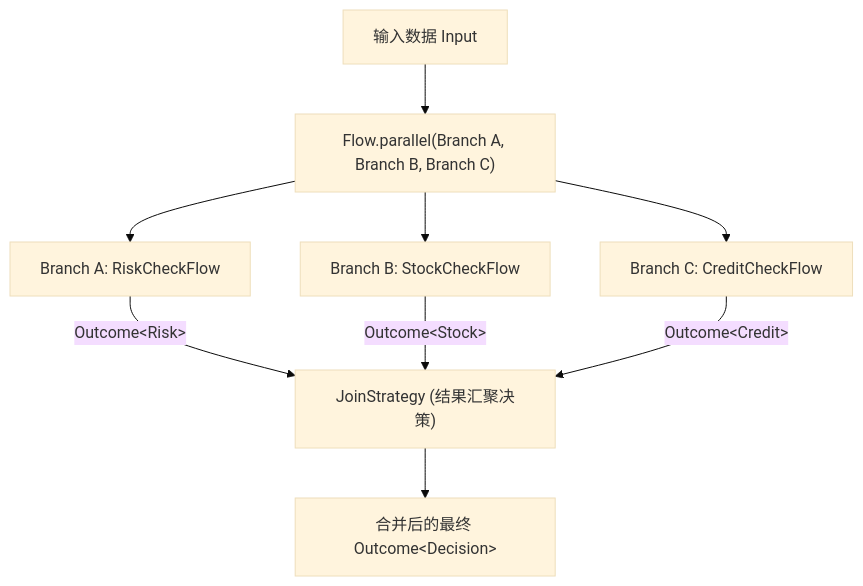
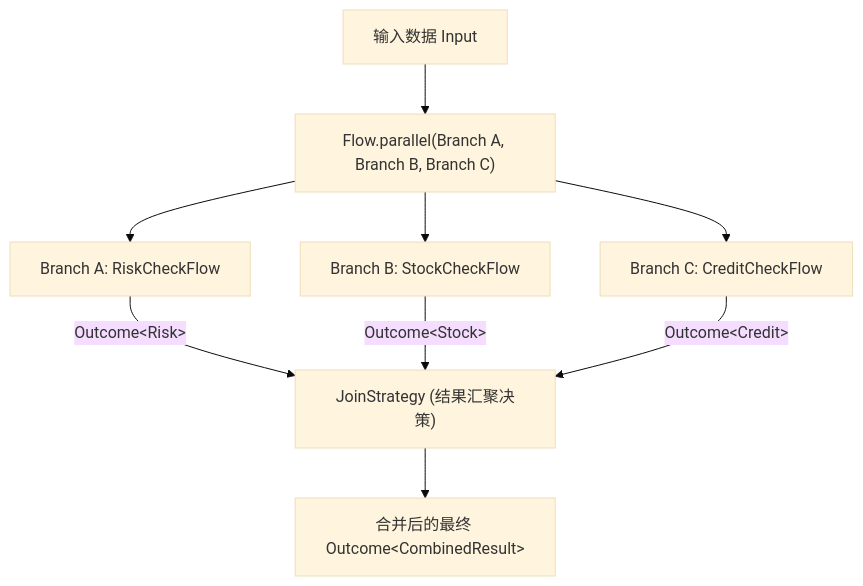
Before and after one commit to team4u/team4u-framework: the first of 2 diagrams in docs/flow/flow-parallel.md, drawn with Mermaid (base theme). The commit also changed other lines of this file and 21 other files, not shown here.

Commit message:
docs(flow): deepen technical documentation across core, governance, durable, and testing

````diff
--- a/docs/flow/flow-parallel.md
+++ b/docs/flow/flow-parallel.md
@@ -11,13 +11,13 @@
 ```mermaid
 graph TD
     Input["输入数据 Input"] --> P["Flow.parallel(Branch A, Branch B, Branch C)"]
     P --> BA["Branch A: RiskCheckFlow"]
     P --> BB["Branch B: StockCheckFlow"]
     P --> BC["Branch C: CreditCheckFlow"]
     
     BA -->|"Outcome&lt;Risk&gt;"| J["JoinStrategy (结果汇聚决策)"]
     BB -->|"Outcome&lt;Stock&gt;"| J
     BC -->|"Outcome&lt;Credit&gt;"| J
     
-    J --> Out["合并后的最终 Outcome&lt;Decision&gt;"]
+    J --> Out["合并后的最终 Outcome&lt;CombinedResult&gt;"]
 ```
````
